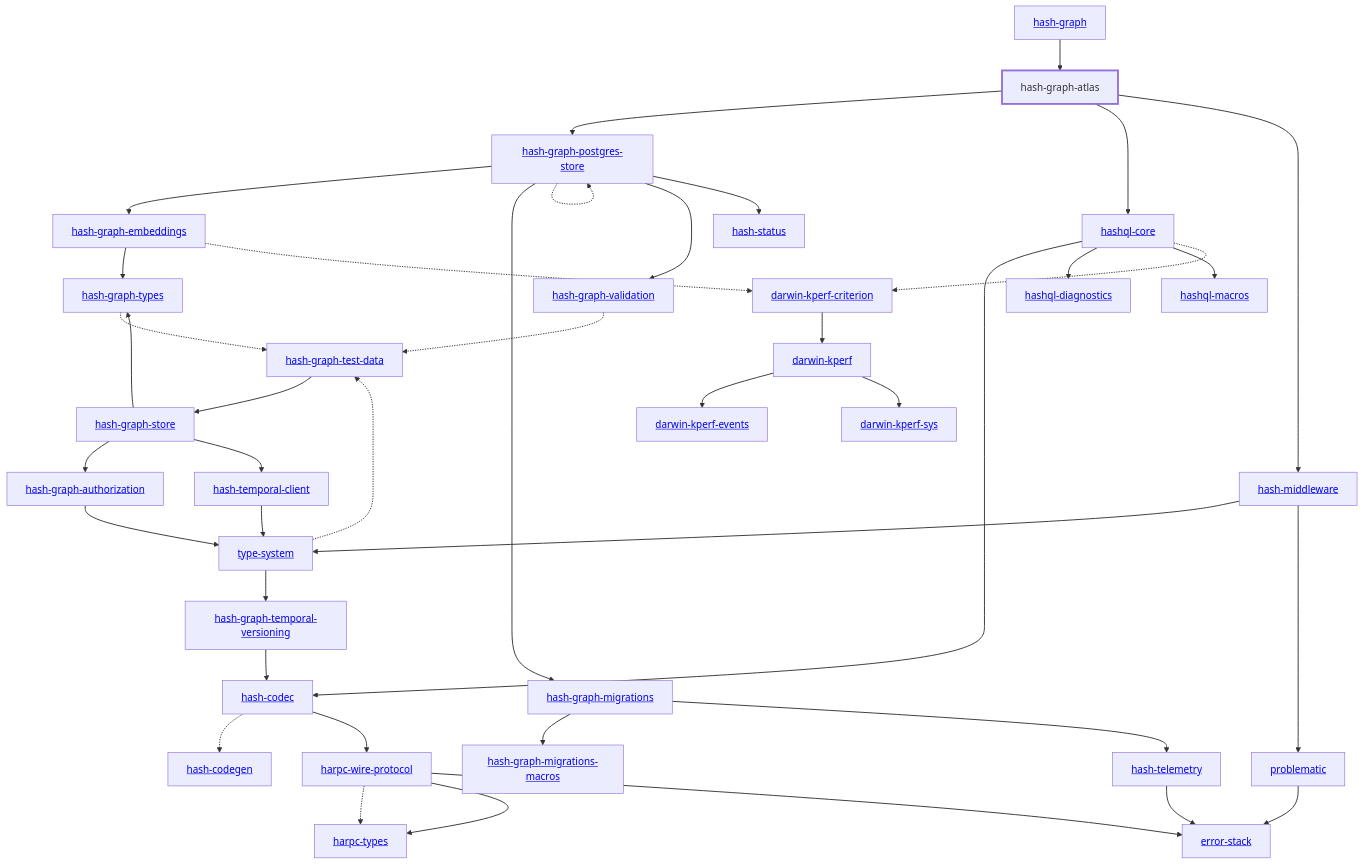
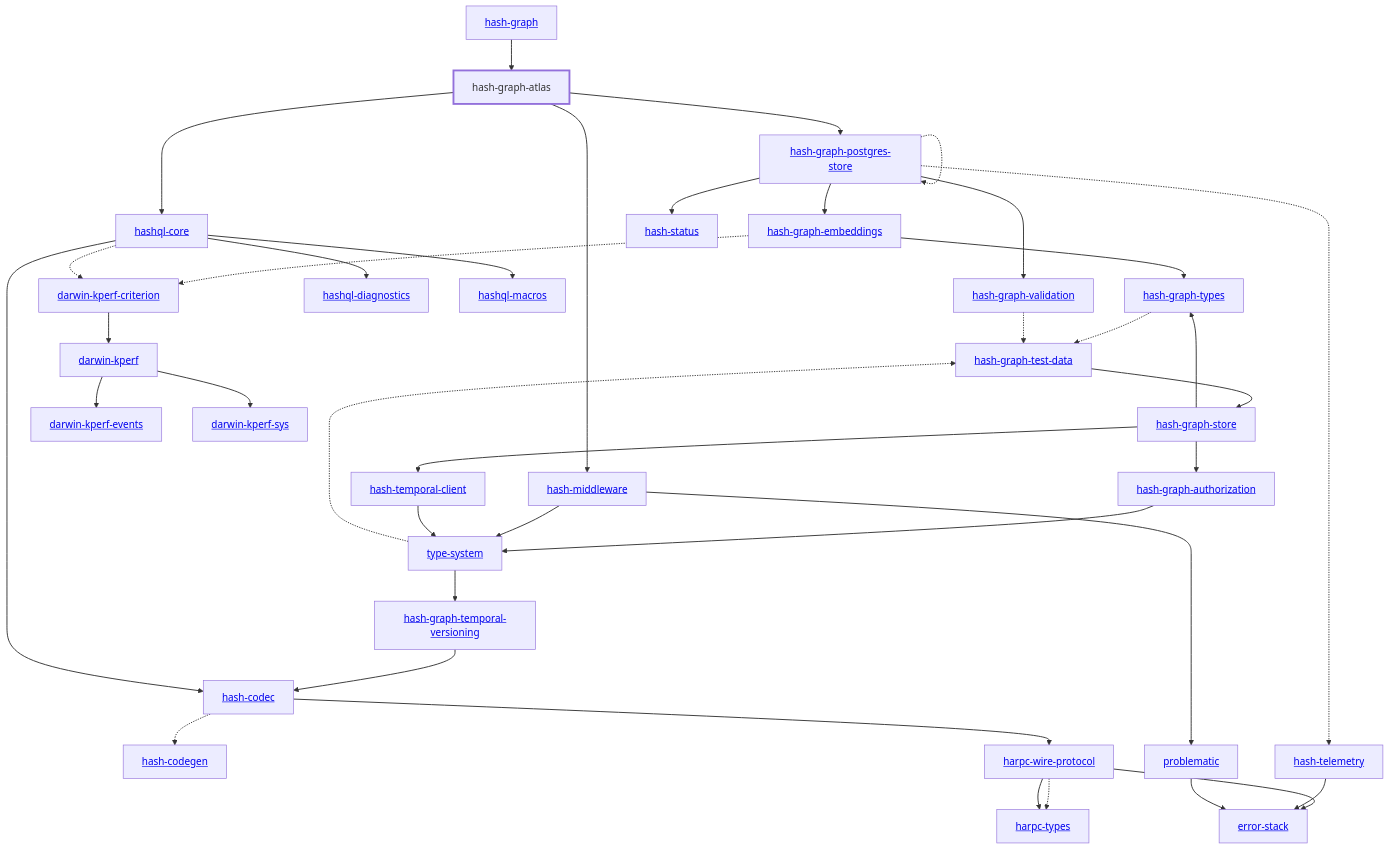
The diagram in libs/@local/graph/atlas/docs/dependency-diagram.mmd (hashintel/hash), drawn with Mermaid before and after one commit. The commit also changed 79 other files, not shown here.

```diff
--- a/libs/@local/graph/atlas/docs/dependency-diagram.mmd
+++ b/libs/@local/graph/atlas/docs/dependency-diagram.mmd
@@ -1,81 +1,77 @@
 graph TD
     linkStyle default stroke-width:1.5px
     classDef default stroke-width:1px
     classDef root stroke-width:3px
     classDef dev stroke-width:1px
     classDef build stroke-width:1px
     %% Legend
     %% --> : Normal dependency
     %% -.-> : Dev dependency
     %% ---> : Build dependency
     0[<a href="../hash_graph/index.html">hash-graph</a>]
     1[<a href="../type_system/index.html">type-system</a>]
     2[<a href="../hash_codec/index.html">hash-codec</a>]
     3[<a href="../hash_codegen/index.html">hash-codegen</a>]
     4[hash-graph-atlas]
     class 4 root
     5[<a href="../hash_graph_authorization/index.html">hash-graph-authorization</a>]
     6[<a href="../hash_graph_embeddings/index.html">hash-graph-embeddings</a>]
-    7[<a href="../hash_graph_migrations/index.html">hash-graph-migrations</a>]
-    8[<a href="../hash_graph_migrations_macros/index.html">hash-graph-migrations-macros</a>]
-    9[<a href="../hash_graph_postgres_store/index.html">hash-graph-postgres-store</a>]
-    10[<a href="../hash_graph_store/index.html">hash-graph-store</a>]
-    11[<a href="../hash_graph_temporal_versioning/index.html">hash-graph-temporal-versioning</a>]
-    12[<a href="../hash_graph_types/index.html">hash-graph-types</a>]
-    13[<a href="../hash_graph_validation/index.html">hash-graph-validation</a>]
-    14[<a href="../harpc_types/index.html">harpc-types</a>]
-    15[<a href="../harpc_wire_protocol/index.html">harpc-wire-protocol</a>]
-    16[<a href="../hashql_core/index.html">hashql-core</a>]
-    17[<a href="../hashql_diagnostics/index.html">hashql-diagnostics</a>]
-    18[<a href="../hashql_macros/index.html">hashql-macros</a>]
-    19[<a href="../hash_middleware/index.html">hash-middleware</a>]
-    20[<a href="../hash_status/index.html">hash-status</a>]
-    21[<a href="../hash_telemetry/index.html">hash-telemetry</a>]
-    22[<a href="../hash_temporal_client/index.html">hash-temporal-client</a>]
-    23[<a href="../darwin_kperf/index.html">darwin-kperf</a>]
-    24[<a href="../darwin_kperf_criterion/index.html">darwin-kperf-criterion</a>]
-    25[<a href="../darwin_kperf_events/index.html">darwin-kperf-events</a>]
-    26[<a href="../darwin_kperf_sys/index.html">darwin-kperf-sys</a>]
-    27[<a href="../error_stack/index.html">error-stack</a>]
-    28[<a href="../problematic/index.html">problematic</a>]
-    29[<a href="../hash_graph_test_data/index.html">hash-graph-test-data</a>]
+    7[<a href="../hash_graph_postgres_store/index.html">hash-graph-postgres-store</a>]
+    8[<a href="../hash_graph_store/index.html">hash-graph-store</a>]
+    9[<a href="../hash_graph_temporal_versioning/index.html">hash-graph-temporal-versioning</a>]
+    10[<a href="../hash_graph_types/index.html">hash-graph-types</a>]
+    11[<a href="../hash_graph_validation/index.html">hash-graph-validation</a>]
+    12[<a href="../harpc_types/index.html">harpc-types</a>]
+    13[<a href="../harpc_wire_protocol/index.html">harpc-wire-protocol</a>]
+    14[<a href="../hashql_core/index.html">hashql-core</a>]
+    15[<a href="../hashql_diagnostics/index.html">hashql-diagnostics</a>]
+    16[<a href="../hashql_macros/index.html">hashql-macros</a>]
+    17[<a href="../hash_middleware/index.html">hash-middleware</a>]
+    18[<a href="../hash_status/index.html">hash-status</a>]
+    19[<a href="../hash_telemetry/index.html">hash-telemetry</a>]
+    20[<a href="../hash_temporal_client/index.html">hash-temporal-client</a>]
+    21[<a href="../darwin_kperf/index.html">darwin-kperf</a>]
+    22[<a href="../darwin_kperf_criterion/index.html">darwin-kperf-criterion</a>]
+    23[<a href="../darwin_kperf_events/index.html">darwin-kperf-events</a>]
+    24[<a href="../darwin_kperf_sys/index.html">darwin-kperf-sys</a>]
+    25[<a href="../error_stack/index.html">error-stack</a>]
+    26[<a href="../problematic/index.html">problematic</a>]
+    27[<a href="../hash_graph_test_data/index.html">hash-graph-test-data</a>]
     0 --> 4
-    1 --> 11
-    1 -.-> 29
+    1 --> 9
+    1 -.-> 27
     2 -.-> 3
-    2 --> 15
-    4 --> 9
-    4 --> 16
-    4 --> 19
+    2 --> 13
+    4 --> 7
+    4 --> 14
+    4 --> 17
     5 --> 1
-    6 --> 12
-    6 -.-> 24
-    7 --> 8
-    7 --> 21
-    9 --> 6
-    9 --> 7
-    9 -.-> 9
-    9 --> 13
-    9 --> 20
-    10 --> 5
-    10 --> 12
-    10 --> 22
-    11 --> 2
-    12 -.-> 29
-    13 -.-> 29
-    15 -.-> 14
-    15 --> 14
-    15 --> 27
-    16 --> 2
-    16 --> 17
-    16 --> 18
-    16 -.-> 24
-    19 --> 1
-    19 --> 28
-    21 --> 27
-    22 --> 1
-    23 --> 25
-    23 --> 26
-    24 --> 23
-    28 --> 27
-    29 --> 10
+    6 --> 10
+    6 -.-> 22
+    7 --> 6
+    7 -.-> 7
+    7 --> 11
+    7 --> 18
+    7 -.-> 19
+    8 --> 5
+    8 --> 10
+    8 --> 20
+    9 --> 2
+    10 -.-> 27
+    11 -.-> 27
+    13 -.-> 12
+    13 --> 12
+    13 --> 25
+    14 --> 2
+    14 --> 15
+    14 --> 16
+    14 -.-> 22
+    17 --> 1
+    17 --> 26
+    19 --> 25
+    20 --> 1
+    21 --> 23
+    21 --> 24
+    22 --> 21
+    26 --> 25
+    27 --> 8
```
